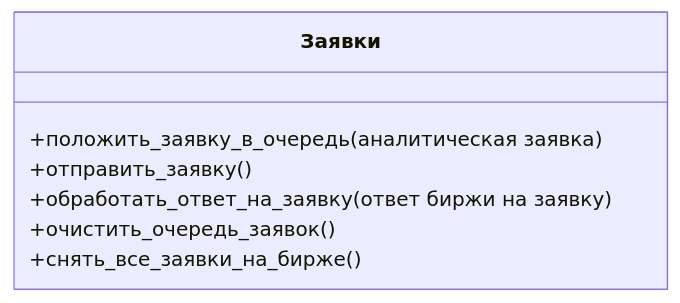
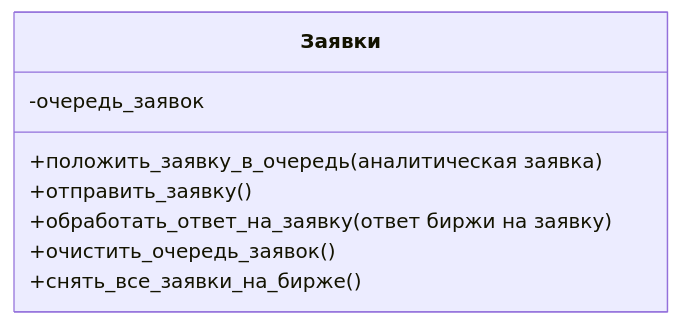
Before and after one commit to Marat22/MiriadRobotDocs: the eighth of 22 diagrams in robot-logic.md, drawn with Mermaid. The commit also changed other lines of this file, not shown here.

````diff
--- a/robot-logic.md
+++ b/robot-logic.md
@@ -194,10 +194,11 @@
 ```mermaid
 classDiagram
   class Заявки{
+    -очередь_заявок
     +положить_заявку_в_очередь(аналитическая заявка)
     +отправить_заявку()
     +обработать_ответ_на_заявку(ответ биржи на заявку)
     +очистить_очередь_заявок()
     +снять_все_заявки_на_бирже()
   }
 ```
````
